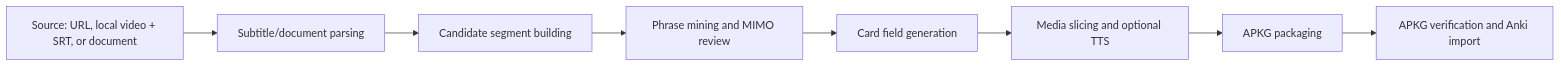
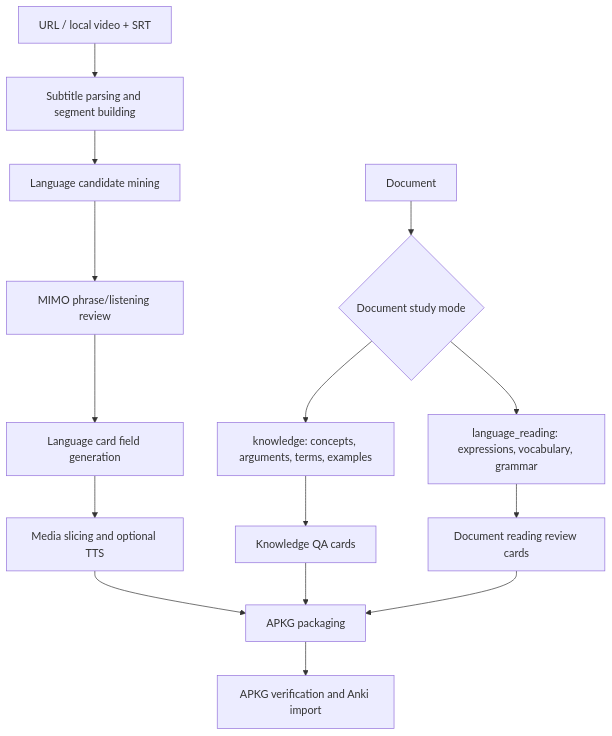
Before and after one commit to zixuanzhou0-ai/Anki-card-generator: the diagram in docs/ARCHITECTURE.md, drawn with Mermaid. The commit also changed other lines of this file and 35 other files, not shown here.

Commit message:
Add document study paths and refresh review docs

````diff
--- a/docs/ARCHITECTURE.md
+++ b/docs/ARCHITECTURE.md
@@ -7,10 +7,19 @@
 ```mermaid
-flowchart LR
-  A["Source: URL, local video + SRT, or document"] --> B["Subtitle/document parsing"]
-  B --> C["Candidate segment building"]
-  C --> D["Phrase mining and MIMO review"]
-  D --> E["Card field generation"]
+flowchart TB
+  A["URL / local video + SRT"] --> B["Subtitle parsing and segment building"]
+  B --> C["Language candidate mining"]
+  C --> D["MIMO phrase/listening review"]
+  D --> E["Language card field generation"]
   E --> F["Media slicing and optional TTS"]
-  F --> G["APKG packaging"]
-  G --> H["APKG verification and Anki import"]
+
+  G["Document"] --> H{"Document study mode"}
+  H --> I["knowledge: concepts, arguments, terms, examples"]
+  H --> J["language_reading: expressions, vocabulary, grammar"]
+  I --> K["Knowledge QA cards"]
+  J --> L["Document reading review cards"]
+
+  F --> M["APKG packaging"]
+  K --> M
+  L --> M
+  M --> N["APKG verification and Anki import"]
 ```
````
